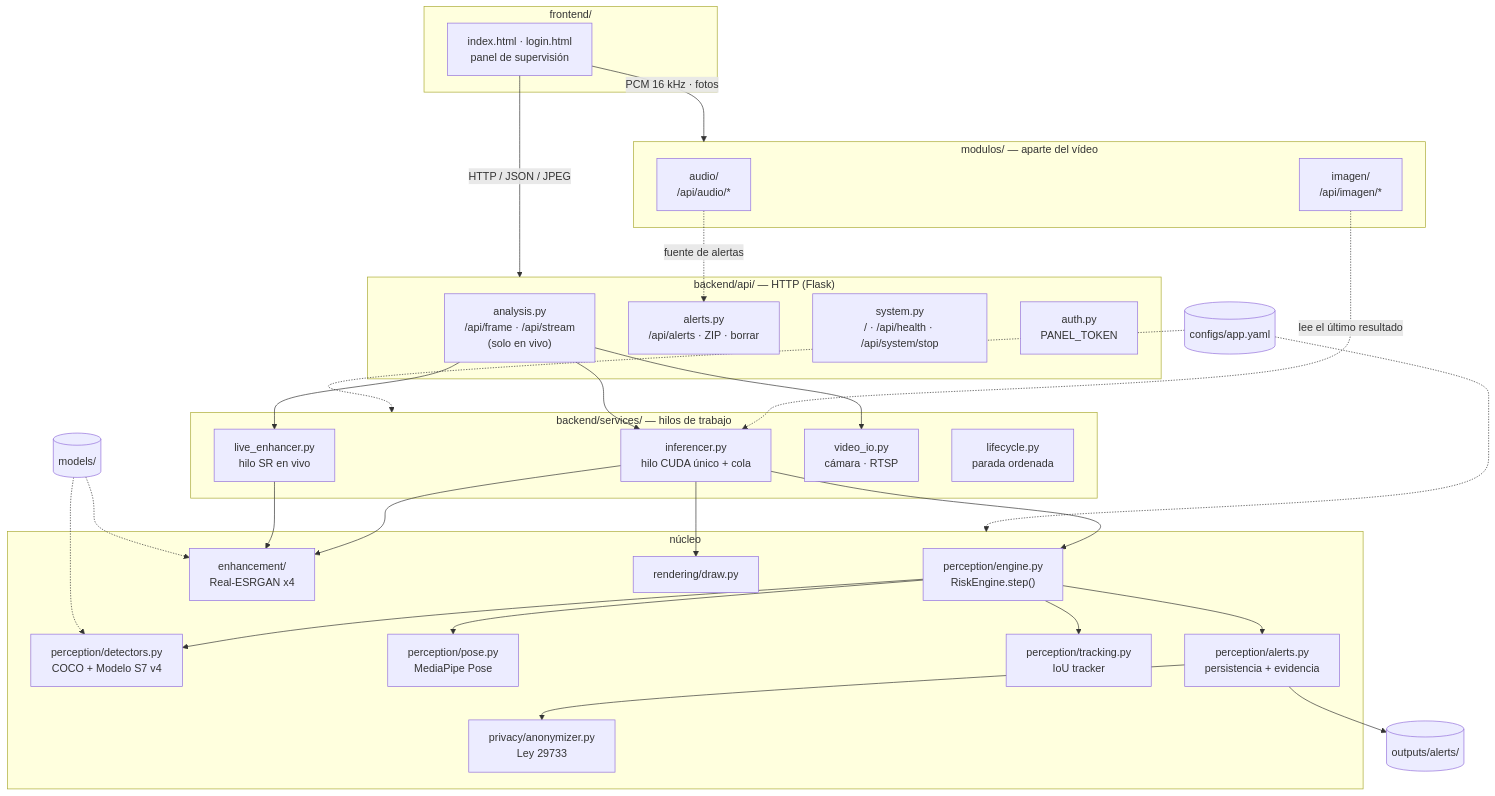
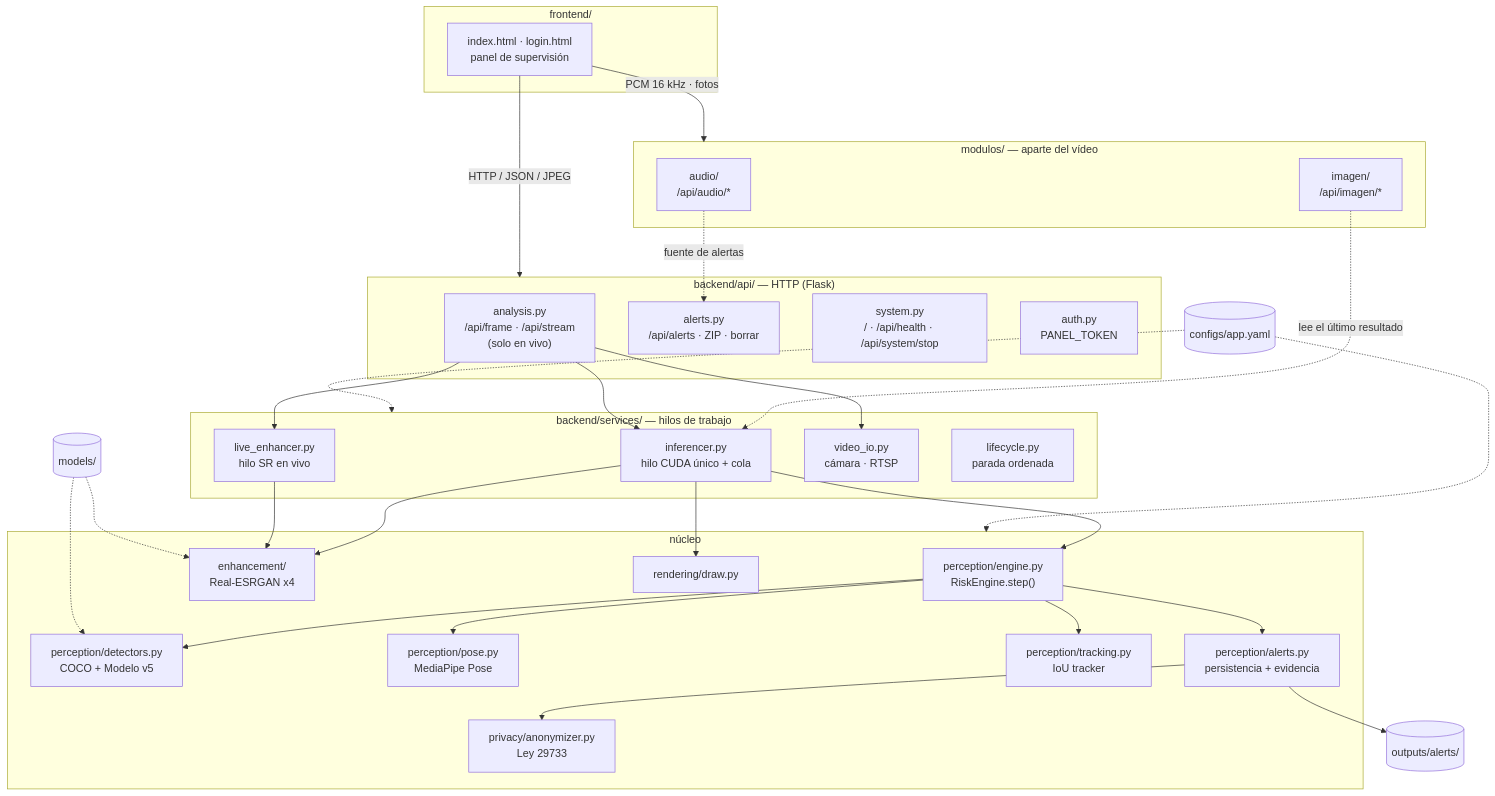
The first of 2 diagrams in README.md (AndyHHR1/Video-G-G), drawn with Mermaid before and after one commit. The commit also changed other lines of this file and 23 other files, not shown here.

````diff
--- a/README.md
+++ b/README.md
@@ -230,48 +230,48 @@
 ```mermaid
 flowchart TB
     subgraph FE["frontend/"]
         UI["index.html · login.html<br/>panel de supervisión"]
     end
     subgraph API["backend/api/  — HTTP (Flask)"]
         AN["analysis.py<br/>/api/frame · /api/stream<br/>(solo en vivo)"]
         AL["alerts.py<br/>/api/alerts · ZIP · borrar"]
         SY["system.py<br/>/ · /api/health · /api/system/stop"]
         AU["auth.py<br/>PANEL_TOKEN"]
     end
     subgraph SV["backend/services/  — hilos de trabajo"]
         INF["inferencer.py<br/>hilo CUDA único + cola"]
         LE["live_enhancer.py<br/>hilo SR en vivo"]
         VIO["video_io.py<br/>cámara · RTSP"]
         LC["lifecycle.py<br/>parada ordenada"]
     end
     subgraph MODS["modulos/  — aparte del vídeo"]
         AUD["audio/<br/>/api/audio/*"]
         IMG["imagen/<br/>/api/imagen/*"]
     end
     subgraph CORE["núcleo"]
         ENG["perception/engine.py<br/>RiskEngine.step()"]
-        DET["perception/detectors.py<br/>COCO + Modelo S7 v4"]
+        DET["perception/detectors.py<br/>COCO + Modelo v5"]
         POSE["perception/pose.py<br/>MediaPipe Pose"]
         TRK["perception/tracking.py<br/>IoU tracker"]
         ALM["perception/alerts.py<br/>persistencia + evidencia"]
         SR["enhancement/<br/>Real-ESRGAN x4"]
         PRV["privacy/anonymizer.py<br/>Ley 29733"]
         RND["rendering/draw.py"]
     end
     CFG[("configs/app.yaml")]
     MOD[("models/")]
     OUT[("outputs/alerts/")]
 
     UI -- "HTTP / JSON / JPEG" --> API
     UI -- "PCM 16 kHz · fotos" --> MODS
     AUD -. "fuente de alertas" .-> AL
     IMG -. "lee el último resultado" .-> INF
     AN --> INF & LE & VIO
     INF --> ENG & SR & RND
     LE --> SR
     ENG --> DET & POSE & TRK & ALM
     ALM --> PRV
     ALM --> OUT
     CFG -.-> SV & CORE
     MOD -.-> DET & SR
 ```
````
